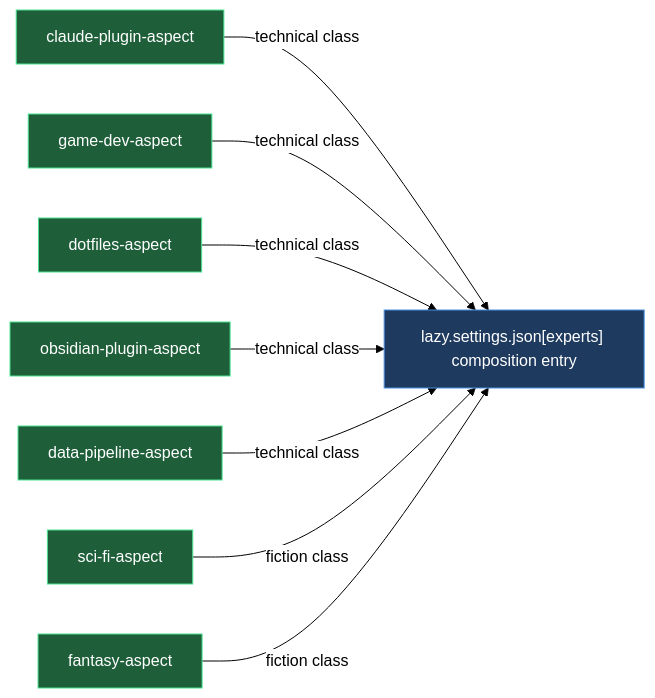
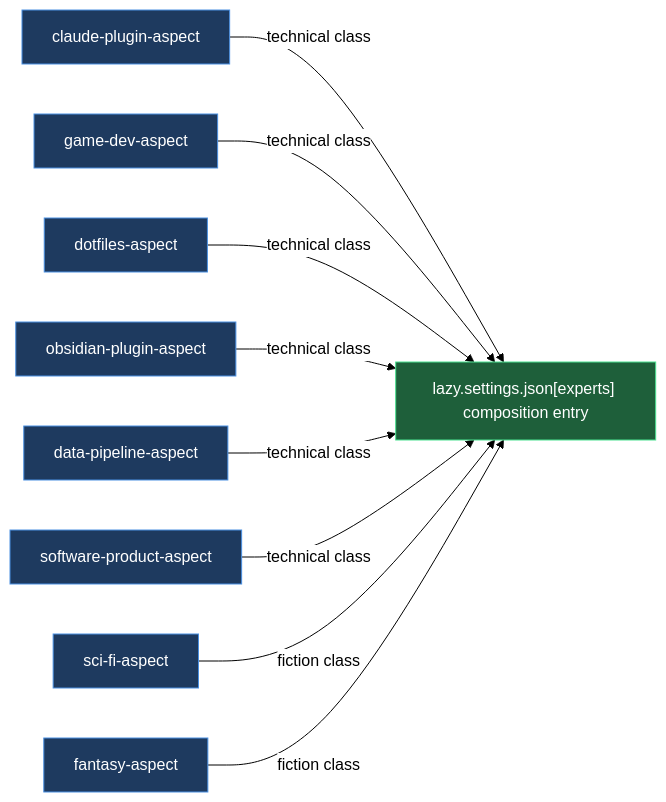
Before and after one commit to mebius-san/lazy-cortex: the first of 2 diagrams in claude/lazycortex-experts/help/aspects.md, drawn with Mermaid. The commit also changed other lines of this file and 62 other files, not shown here.

````diff
--- a/claude/lazycortex-experts/help/aspects.md
+++ b/claude/lazycortex-experts/help/aspects.md
@@ -108,32 +111,34 @@
 ```mermaid
 %%{init: {'themeVariables':{'background':'transparent','lineColor':'#000','textColor':'#000','edgeLabelBackground':'#fff'},'themeCSS':'.edgeLabel{background-color:transparent!important}.edgeLabel p{background-color:transparent!important}','flowchart':{'diagramPadding':5,'useMaxWidth':true}}}%%
 flowchart LR
   claudePluginAspect["claude-plugin-aspect"]
   gameDevAspect["game-dev-aspect"]
   dotfilesAspect["dotfiles-aspect"]
   obsidianPluginAspect["obsidian-plugin-aspect"]
   dataPipelineAspect["data-pipeline-aspect"]
+  softwareProductAspect["software-product-aspect"]
   sciFiAspect["sci-fi-aspect"]
   fantasyAspect["fantasy-aspect"]
   expertsCompositionEntry["lazy.settings.json[experts] composition entry"]
 
   claudePluginAspect -->|technical class| expertsCompositionEntry
   gameDevAspect -->|technical class| expertsCompositionEntry
   dotfilesAspect -->|technical class| expertsCompositionEntry
   obsidianPluginAspect -->|technical class| expertsCompositionEntry
   dataPipelineAspect -->|technical class| expertsCompositionEntry
+  softwareProductAspect -->|technical class| expertsCompositionEntry
   sciFiAspect -->|fiction class| expertsCompositionEntry
   fantasyAspect -->|fiction class| expertsCompositionEntry
 
   classDef entry fill:#1e3a5f,stroke:#4a90e2,color:#fff
   classDef action fill:#1e5f3a,stroke:#4ae290,color:#fff
-
-  class claudePluginAspect action
-  class gameDevAspect action
-  class dotfilesAspect action
-  class obsidianPluginAspect action
-  class dataPipelineAspect action
-  class sciFiAspect action
-  class fantasyAspect action
-  class expertsCompositionEntry entry
+  class claudePluginAspect entry
+  class gameDevAspect entry
+  class dotfilesAspect entry
+  class obsidianPluginAspect entry
+  class dataPipelineAspect entry
+  class softwareProductAspect entry
+  class sciFiAspect entry
+  class fantasyAspect entry
+  class expertsCompositionEntry action
 ```
````
